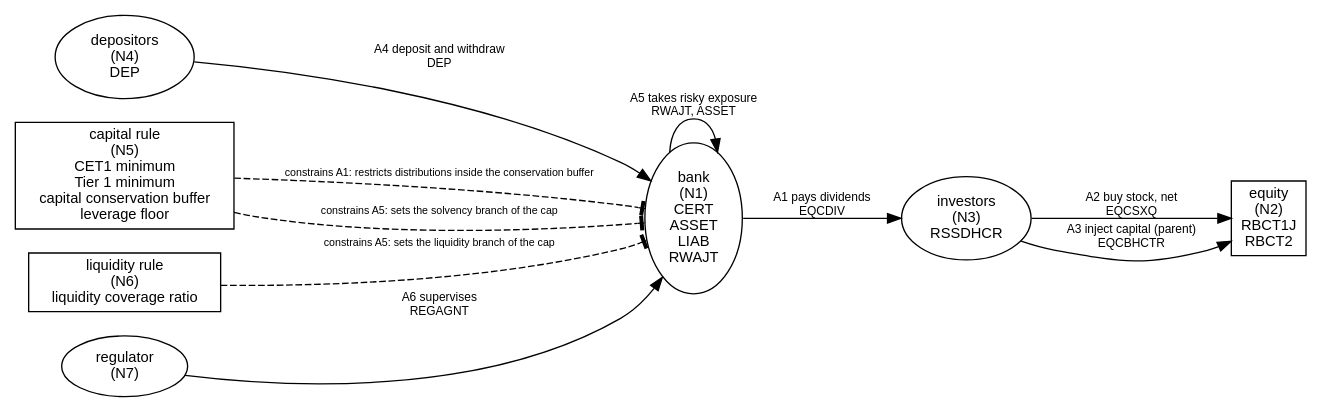
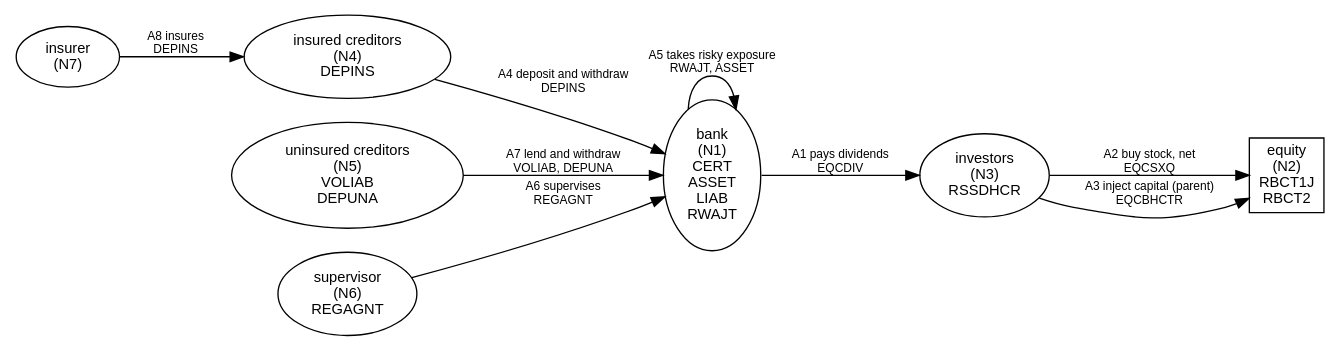
The diagram in papers/wealth_garch/00_reader/ledger_model.dot (anuragr81/research), drawn with Graphviz before and after one commit. The commit also changed 5 other files, not shown here.

Commit message:
Ledger: rules replaced by their enforcers; creditors split into insured and uninsured; supervisor and insurer as nodes; six new verified FDIC quotations

```diff
--- a/papers/wealth_garch/00_reader/ledger_model.dot
+++ b/papers/wealth_garch/00_reader/ledger_model.dot
@@ -1,19 +1,18 @@
 digraph ledger {
   rankdir=LR; node [fontname="Helvetica", fontsize=11]; edge [fontname="Helvetica", fontsize=9];
   "bank" [shape=ellipse, label="bank\n(N1)\nCERT\nASSET\nLIAB\nRWAJT"];
   "equity" [shape=box, label="equity\n(N2)\nRBCT1J\nRBCT2"];
   "investors" [shape=ellipse, label="investors\n(N3)\nRSSDHCR"];
-  "depositors" [shape=ellipse, label="depositors\n(N4)\nDEP"];
-  "capital rule" [shape=box, label="capital rule\n(N5)\nCET1 minimum\nTier 1 minimum\ncapital conservation buffer\nleverage floor"];
-  "liquidity rule" [shape=box, label="liquidity rule\n(N6)\nliquidity coverage ratio"];
-  "regulator" [shape=ellipse, label="regulator\n(N7)"];
+  "insured creditors" [shape=ellipse, label="insured creditors\n(N4)\nDEPINS"];
+  "uninsured creditors" [shape=ellipse, label="uninsured creditors\n(N5)\nVOLIAB\nDEPUNA"];
+  "supervisor" [shape=ellipse, label="supervisor\n(N6)\nREGAGNT"];
+  "insurer" [shape=ellipse, label="insurer\n(N7)"];
   "bank" -> "investors" [label="A1 pays dividends\nEQCDIV"];
   "investors" -> "equity" [label="A2 buy stock, net\nEQCSXQ"];
   "investors" -> "equity" [label="A3 inject capital (parent)\nEQCBHCTR"];
-  "depositors" -> "bank" [label="A4 deposit and withdraw\nDEP"];
+  "insured creditors" -> "bank" [label="A4 deposit and withdraw\nDEPINS"];
   "bank" -> "bank" [label="A5 takes risky exposure\nRWAJT, ASSET"];
-  "regulator" -> "bank" [label="A6 supervises\nREGAGNT"];
-  "capital rule" -> "bank" [style=dashed, arrowhead=tee, label="constrains A1: restricts distributions inside the conservation buffer", fontsize=8];
-  "capital rule" -> "bank" [style=dashed, arrowhead=tee, label="constrains A5: sets the solvency branch of the cap", fontsize=8];
-  "liquidity rule" -> "bank" [style=dashed, arrowhead=tee, label="constrains A5: sets the liquidity branch of the cap", fontsize=8];
+  "supervisor" -> "bank" [label="A6 supervises\nREGAGNT"];
+  "uninsured creditors" -> "bank" [label="A7 lend and withdraw\nVOLIAB, DEPUNA"];
+  "insurer" -> "insured creditors" [label="A8 insures\nDEPINS"];
 }
```
